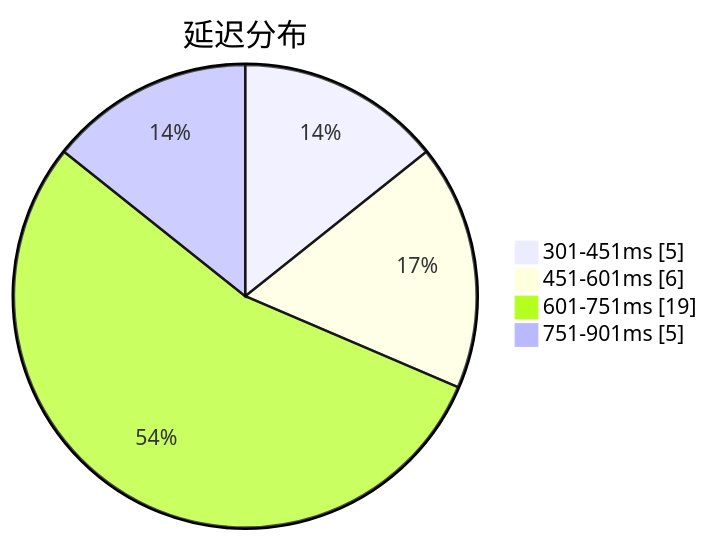
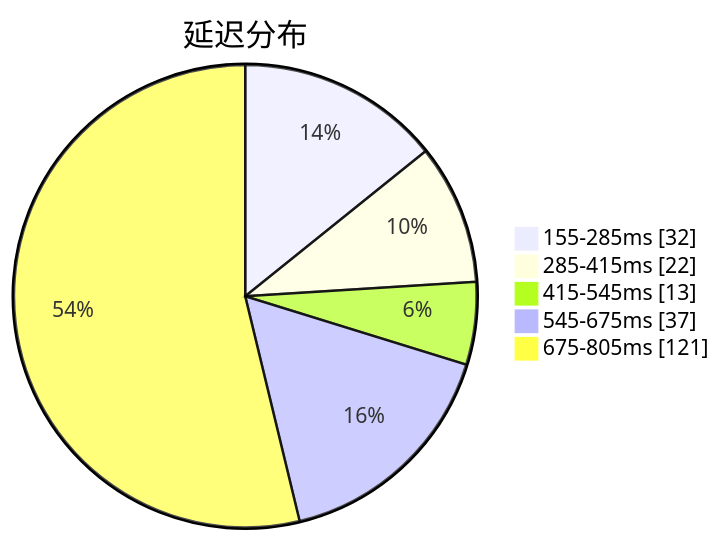
Before and after one commit to qjlxg/airport: the first of 3 diagrams in subs/statistics/tested_within.md, drawn with Mermaid. The commit also changed other lines of this file and 2 other files, not shown here.

````diff
--- a/subs/statistics/tested_within.md
+++ b/subs/statistics/tested_within.md
@@ -2,8 +2,9 @@
 ```mermaid
 pie showData
 title 延迟分布
-"301-451ms" : 5
-"451-601ms" : 6
-"601-751ms" : 19
-"751-901ms" : 5
+"155-285ms" : 32
+"285-415ms" : 22
+"415-545ms" : 13
+"545-675ms" : 37
+"675-805ms" : 121
 ```
````
